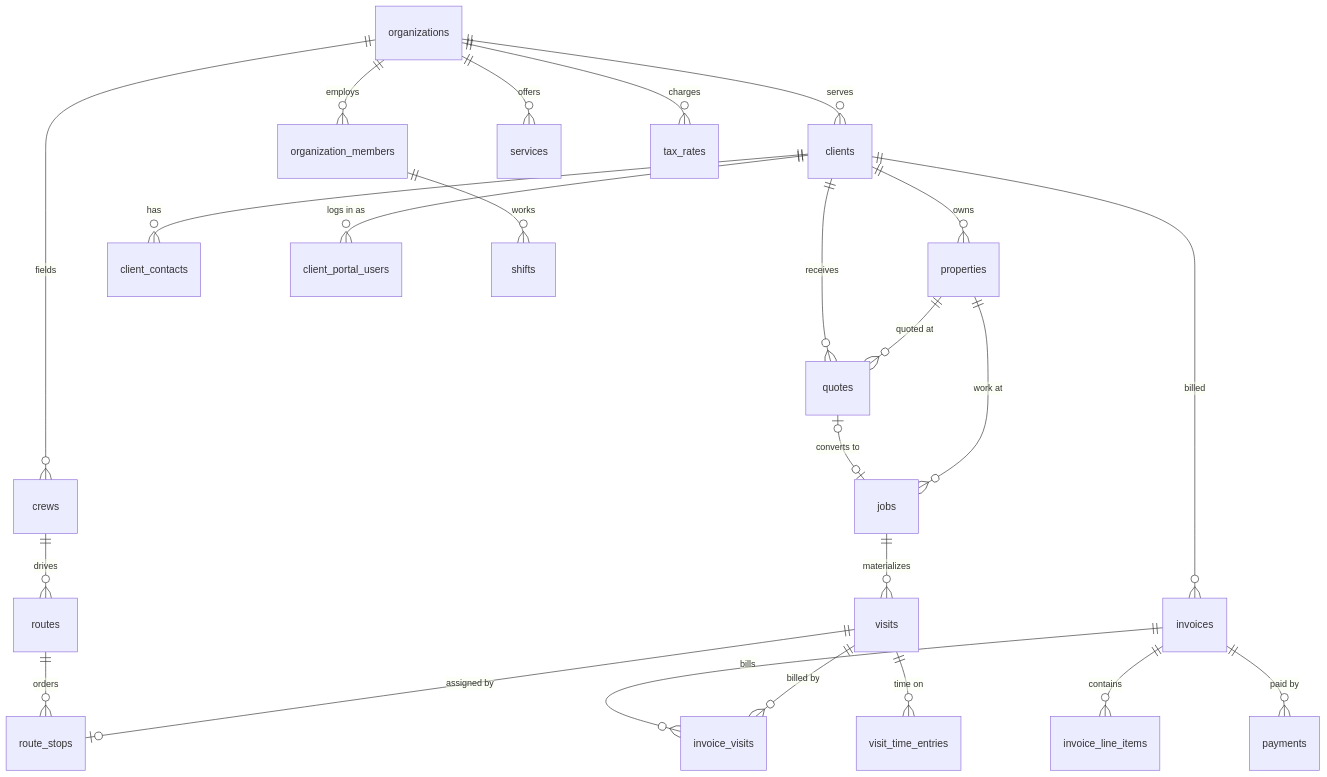
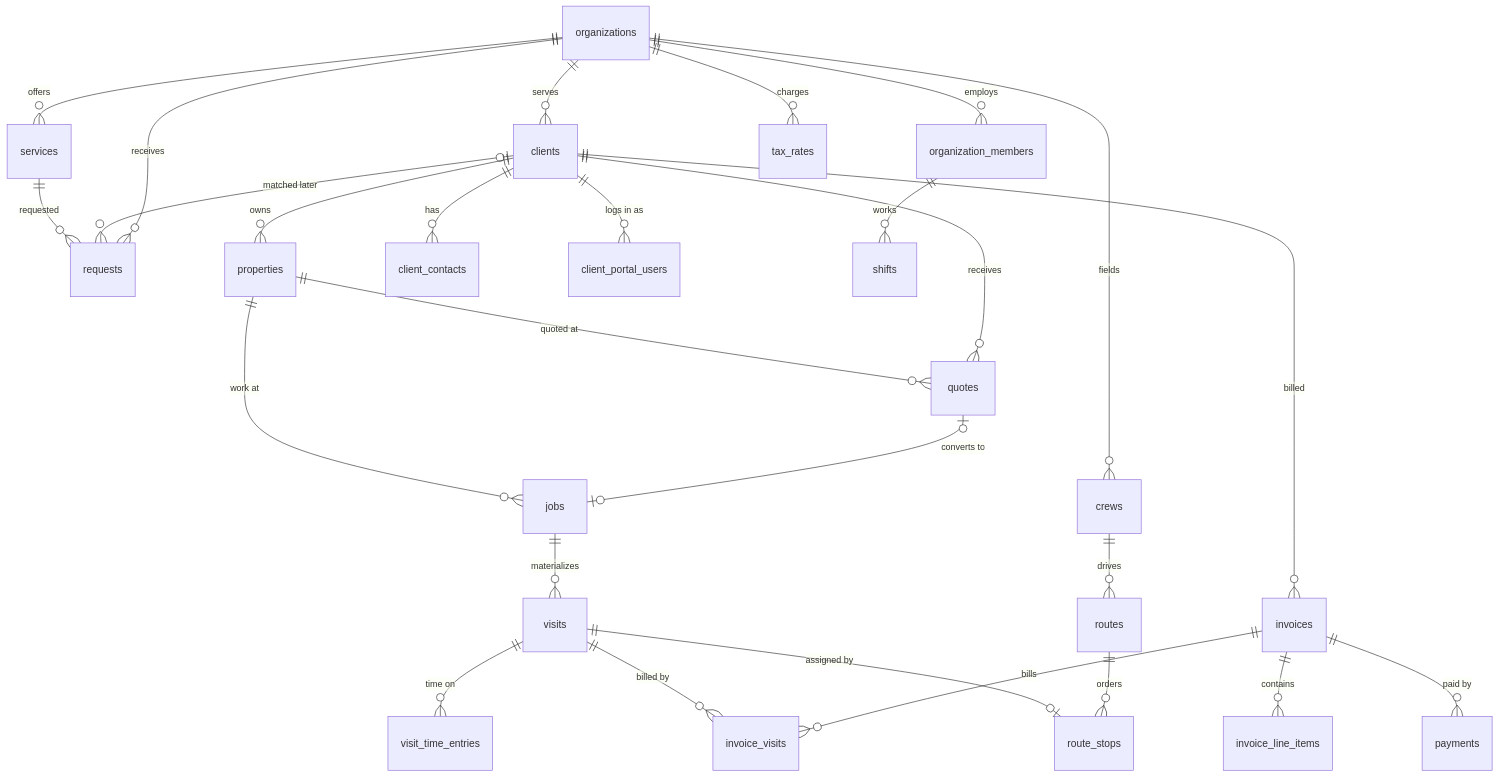
The first of 4 diagrams in docs/database/erd.md (AbsoluteCRM/CRM), drawn with Mermaid before and after one commit. The commit also changed 3 other files, not shown here.

Commit message:
Document requests in RLS, ERD, README; mark plan implemented

````diff
--- a/docs/database/erd.md
+++ b/docs/database/erd.md
@@ -10,31 +10,34 @@
 ```mermaid
 erDiagram
     organizations ||--o{ organization_members : employs
     organizations ||--o{ clients : serves
     organizations ||--o{ crews : fields
     organizations ||--o{ services : offers
     organizations ||--o{ tax_rates : charges
+    organizations ||--o{ requests : receives
+    clients |o--o{ requests : "matched later"
+    services ||--o{ requests : "requested"
 
     clients ||--o{ properties : owns
     clients ||--o{ client_contacts : has
     clients ||--o{ client_portal_users : "logs in as"
 
     clients ||--o{ quotes : receives
     properties ||--o{ quotes : "quoted at"
     quotes |o--o| jobs : "converts to"
     properties ||--o{ jobs : "work at"
     jobs ||--o{ visits : materializes
 
     crews ||--o{ routes : drives
     routes ||--o{ route_stops : orders
     visits ||--o| route_stops : "assigned by"
 
     clients ||--o{ invoices : billed
     invoices ||--o{ invoice_line_items : contains
     invoices ||--o{ invoice_visits : bills
     visits ||--o{ invoice_visits : "billed by"
     invoices ||--o{ payments : "paid by"
 
     organization_members ||--o{ shifts : works
     visits ||--o{ visit_time_entries : "time on"
 ```
````
